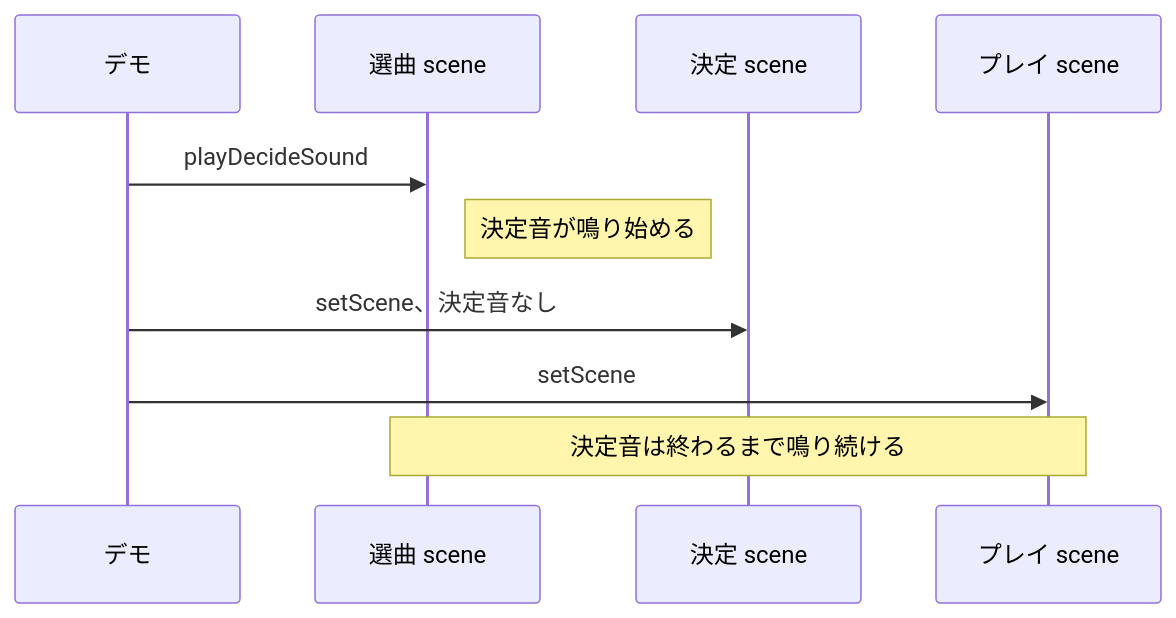
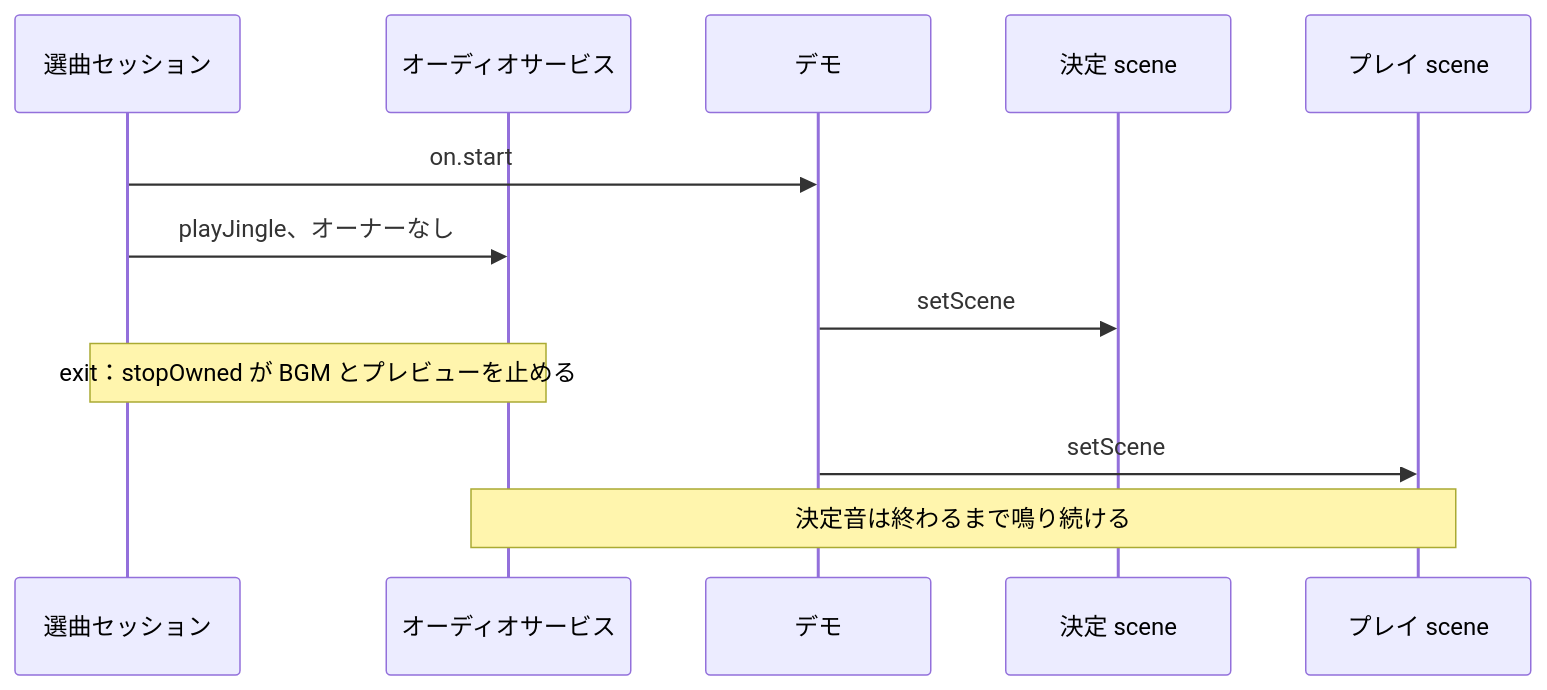
The eighth of 11 diagrams in docs/player-web.ja.md (nulltask/be-music), drawn with Mermaid before and after one commit. The commit also changed other lines of this file and 3 other files, not shown here.

First line of the commit message:
docs: describe the select screen on createSelectScene and settle the decide jingle, and add S4 to the P4 migration [ci skip]

````diff
--- a/docs/player-web.ja.md
+++ b/docs/player-web.ja.md
@@ -442,12 +451,14 @@
 ```mermaid
 sequenceDiagram
+  participant Select as 選曲セッション
+  participant Audio as オーディオサービス
   participant Demo as デモ
-  participant Select as 選曲 scene
   participant Decide as 決定 scene
   participant Play as プレイ scene
-  Demo->>Select: playDecideSound
-  Note right of Select: 決定音が鳴り始める
-  Demo->>Decide: setScene、決定音なし
+  Select->>Demo: on.start
+  Select->>Audio: playJingle、オーナーなし
+  Demo->>Decide: setScene
+  Note over Select,Audio: exit：stopOwned が BGM とプレビューを止める
   Demo->>Play: setScene
-  Note over Select,Play: 決定音は終わるまで鳴り続ける
+  Note over Audio,Play: 決定音は終わるまで鳴り続ける
 ```
````
